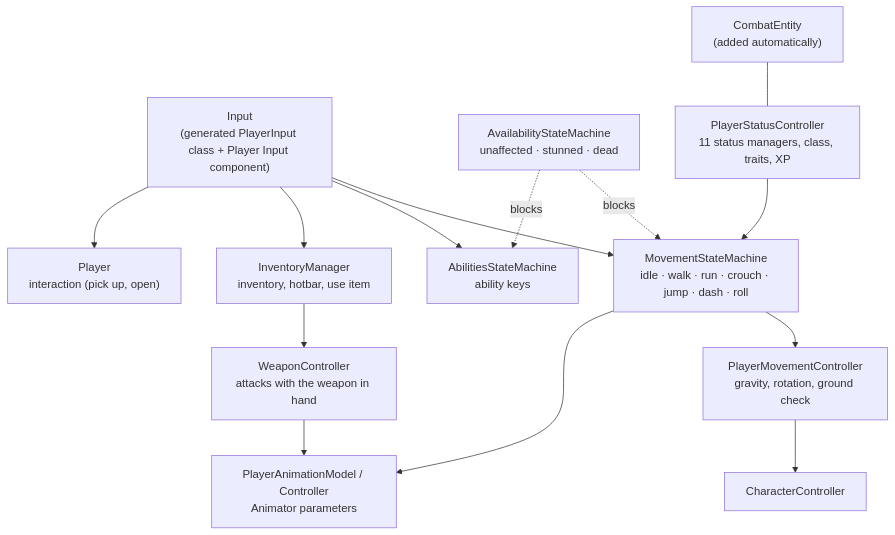
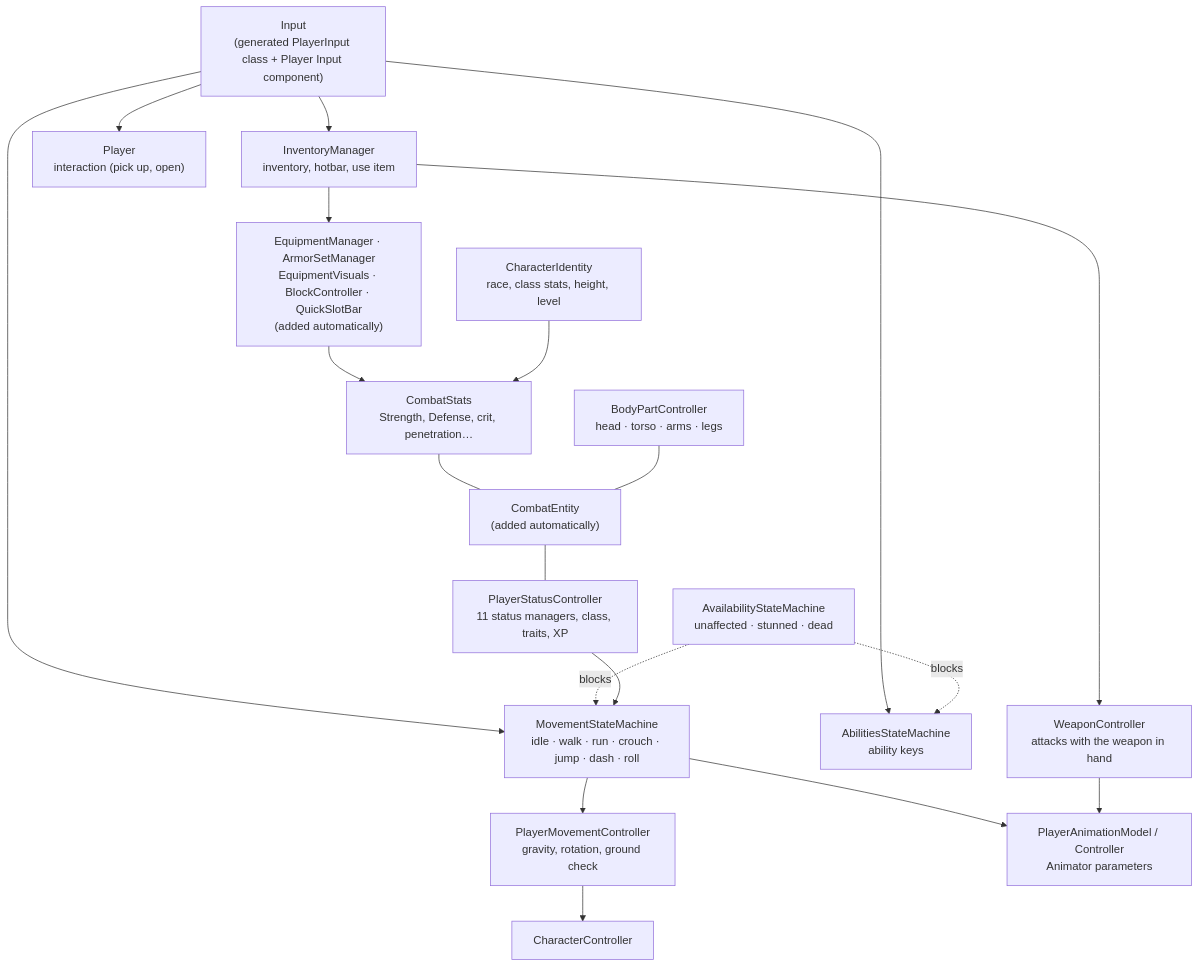
The diagram in Documentation/Player/README.md (Kaynan-Jamelaumn/SimpleMovementsUnityPackage), drawn with Mermaid before and after one commit. The commit also changed other lines of this file and 230 other files, not shown here.

First line of the commit message:
Feature: Grid inventory, Quick Slot Ranged Weapons, Dual wielding weapons, BodyPartHits, Player and Class unification, Single active Trait per Character,

````diff
--- a/Documentation/Player/README.md
+++ b/Documentation/Player/README.md
@@ -17,16 +18,21 @@
 ```mermaid
 flowchart TB
     IN["Input<br/>(generated PlayerInput class + Player Input component)"] --> MSM["MovementStateMachine<br/>idle · walk · run · crouch · jump · dash · roll"]
     IN --> ASM["AbilitiesStateMachine<br/>ability keys"]
     IN --> INV["InventoryManager<br/>inventory, hotbar, use item"]
     IN --> PL["Player<br/>interaction (pick up, open)"]
     MSM --> MC["PlayerMovementController<br/>gravity, rotation, ground check"]
     MC --> CC["CharacterController"]
     AV["AvailabilityStateMachine<br/>unaffected · stunned · dead"] -. blocks .-> MSM
     AV -. blocks .-> ASM
     PSC["PlayerStatusController<br/>11 status managers, class, traits, XP"] --> MSM
     INV --> WC["WeaponController<br/>attacks with the weapon in hand"]
     MSM --> ANIM["PlayerAnimationModel / Controller<br/>Animator parameters"]
     WC --> ANIM
     CE["CombatEntity<br/>(added automatically)"] --- PSC
+    INV --> EQ["EquipmentManager · ArmorSetManager<br/>EquipmentVisuals · BlockController · QuickSlotBar<br/>(added automatically)"]
+    EQ --> CS["CombatStats<br/>Strength, Defense, crit, penetration…"]
+    ID["CharacterIdentity<br/>race, class stats, height, level"] --> CS
+    CS --- CE
+    BP["BodyPartController<br/>head · torso · arms · legs"] --- CE
 ```
````
